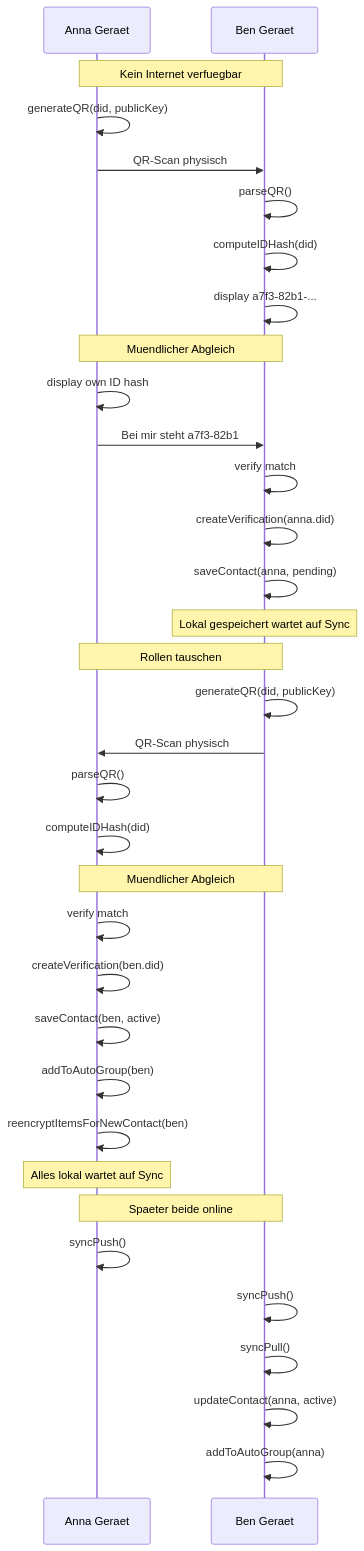
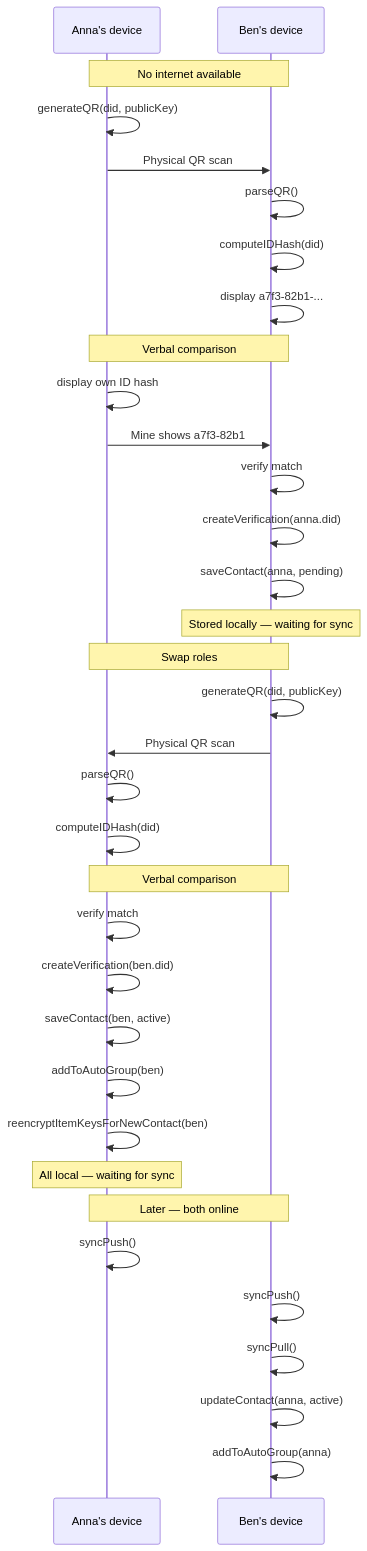
The seventh of 8 diagrams in docs/flows/02-verification-technical.md (IT4Change/web-of-trust), drawn with Mermaid before and after one commit. The commit also changed other lines of this file and 6 other files, not shown here.

First line of the commit message:
test: increase multi-device sync timeout for Automerge compatibility

````diff
--- a/docs/flows/02-verification-technical.md
+++ b/docs/flows/02-verification-technical.md
@@ -210,47 +212,47 @@
 ```mermaid
 sequenceDiagram
-    participant A as Anna Geraet
-    participant B as Ben Geraet
-    
-    Note over A,B: Kein Internet verfuegbar
-    
+    participant A as Anna's device
+    participant B as Ben's device
+
+    Note over A,B: No internet available
+
     A->>A: generateQR(did, publicKey)
-    A->>B: QR-Scan physisch
-    
+    A->>B: Physical QR scan
+
     B->>B: parseQR()
     B->>B: computeIDHash(did)
     B->>B: display a7f3-82b1-...
-    
-    Note over A,B: Muendlicher Abgleich
+
+    Note over A,B: Verbal comparison
     A->>A: display own ID hash
-    A->>B: Bei mir steht a7f3-82b1
+    A->>B: Mine shows a7f3-82b1
     B->>B: verify match
-    
+
     B->>B: createVerification(anna.did)
     B->>B: saveContact(anna, pending)
-    Note over B: Lokal gespeichert wartet auf Sync
-    
-    Note over A,B: Rollen tauschen
-    
+    Note over B: Stored locally — waiting for sync
+
+    Note over A,B: Swap roles
+
     B->>B: generateQR(did, publicKey)
-    B->>A: QR-Scan physisch
+    B->>A: Physical QR scan
     A->>A: parseQR()
     A->>A: computeIDHash(did)
-    
-    Note over A,B: Muendlicher Abgleich
+
+    Note over A,B: Verbal comparison
     A->>A: verify match
-    
+
     A->>A: createVerification(ben.did)
     A->>A: saveContact(ben, active)
     A->>A: addToAutoGroup(ben)
-    A->>A: reencryptItemsForNewContact(ben)
-    Note over A: Alles lokal wartet auf Sync
-    
-    Note over A,B: Spaeter beide online
-    
+    A->>A: reencryptItemKeysForNewContact(ben)
+    Note over A: All local — waiting for sync
+
+    Note over A,B: Later — both online
+
     A->>A: syncPush()
     B->>B: syncPush()
     B->>B: syncPull()
     B->>B: updateContact(anna, active)
     B->>B: addToAutoGroup(anna)
 ```
````
